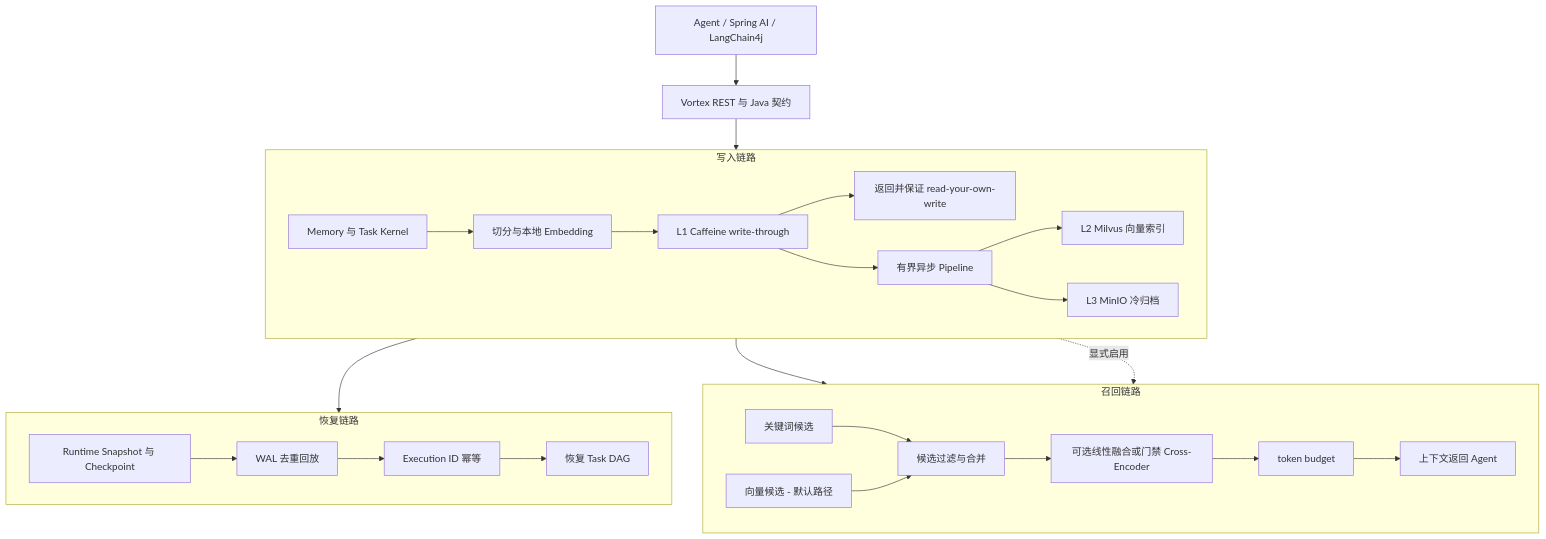
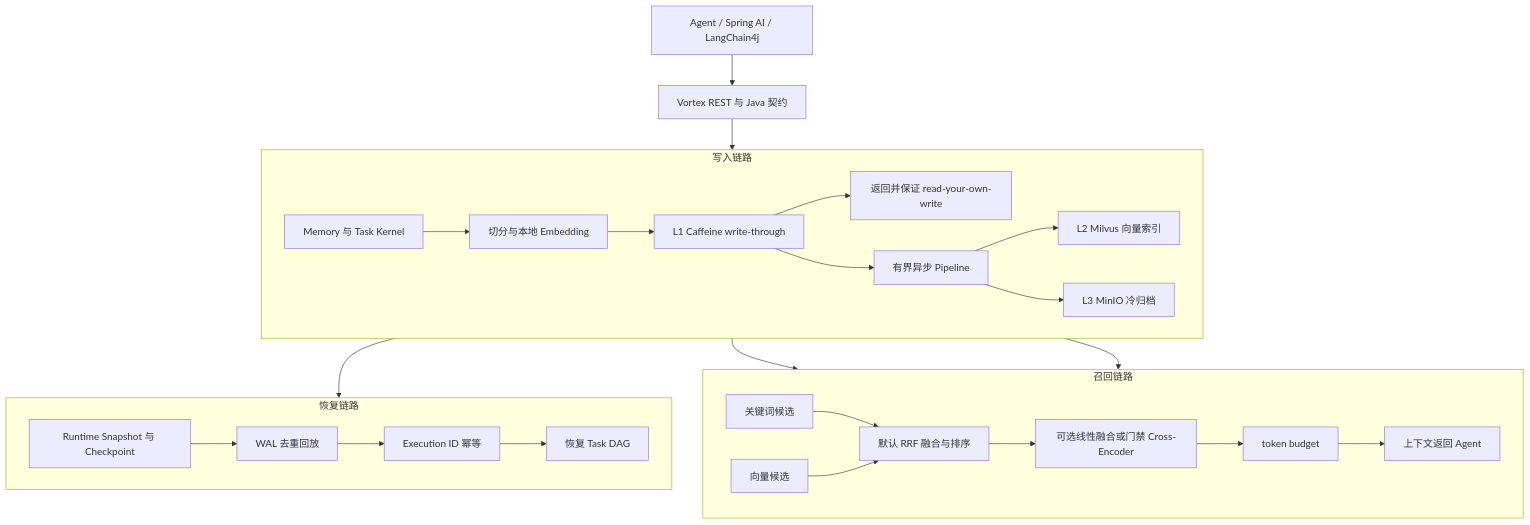
One commit to HaibaraAi2517/Vortex changed the diagram in README.md. Above: the diagram before and after it, drawn with Mermaid. The commit also changed other lines of this file and 7 other files, not shown here.

````diff
--- a/README.md
+++ b/README.md
@@ -42,34 +57,34 @@
 ```mermaid
 flowchart TB
     A[Agent / Spring AI / LangChain4j] --> API[Vortex REST 与 Java 契约]
     API --> K[Memory 与 Task Kernel]
 
     subgraph W[写入链路]
         direction LR
         K --> E[切分与本地 Embedding]
         E --> L1[L1 Caffeine write-through]
         L1 --> ACK[返回并保证 read-your-own-write]
         L1 --> P[有界异步 Pipeline]
         P --> L2[L2 Milvus 向量索引]
         P --> L3[L3 MinIO 冷归档]
     end
 
     subgraph R[召回链路]
         direction LR
-        K --> VC[向量候选 - 默认路径]
-        K -. 显式启用 .-> KW[关键词候选]
-        KW --> H[候选过滤与合并]
+        K --> VC[向量候选]
+        K --> KW[关键词候选]
+        KW --> H[默认 RRF 融合与排序]
         VC --> H
         H --> B[可选线性融合或门禁 Cross-Encoder]
         B --> T[token budget]
         T --> CTX[上下文返回 Agent]
     end
 
     subgraph S[恢复链路]
         direction LR
         K --> CP[Runtime Snapshot 与 Checkpoint]
         CP --> WAL[WAL 去重回放]
         WAL --> ID[Execution ID 幂等]
         ID --> RES[恢复 Task DAG]
     end
 ```
````
